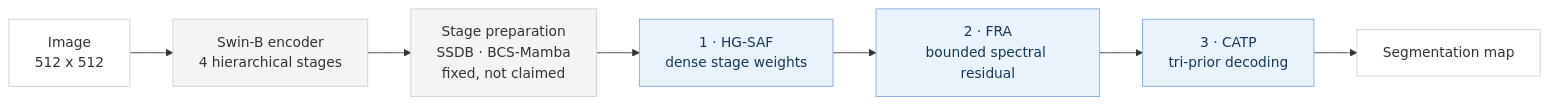
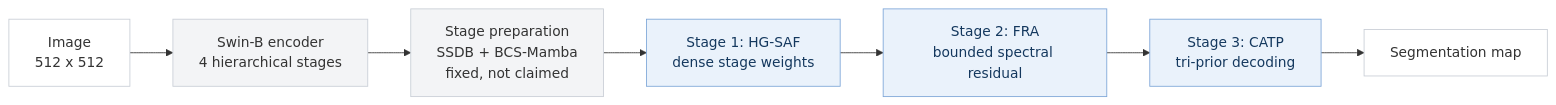
Before and after one commit to anticipate218/HAFRNet: the diagram in README.md, drawn with Mermaid.

Commit message:
Use plain labels in the Mermaid diagram

````diff
--- a/README.md
+++ b/README.md
@@ -46,15 +46,15 @@
 ```mermaid
 flowchart LR
   IMG["Image<br/>512 x 512"] --> ENC["Swin-B encoder<br/>4 hierarchical stages"]
-  ENC --> PREP["Stage preparation<br/>SSDB &middot; BCS-Mamba<br/>fixed, not claimed"]
-  PREP --> S1["1 &middot; HG-SAF<br/>dense stage weights"]
-  S1 --> S2["2 &middot; FRA<br/>bounded spectral residual"]
-  S2 --> S3["3 &middot; CATP<br/>tri-prior decoding"]
+  ENC --> PREP["Stage preparation<br/>SSDB + BCS-Mamba<br/>fixed, not claimed"]
+  PREP --> S1["Stage 1: HG-SAF<br/>dense stage weights"]
+  S1 --> S2["Stage 2: FRA<br/>bounded spectral residual"]
+  S2 --> S3["Stage 3: CATP<br/>tri-prior decoding"]
   S3 --> OUT["Segmentation map"]
   classDef fixed fill:#f3f4f6,stroke:#c9ced6,color:#333;
   classDef stage fill:#eaf2fb,stroke:#7ea6d8,color:#14385e;
   classDef io fill:#ffffff,stroke:#c9ced6,color:#333;
   class IMG,OUT io;
   class ENC,PREP fixed;
   class S1,S2,S3 stage;
 ```
````
